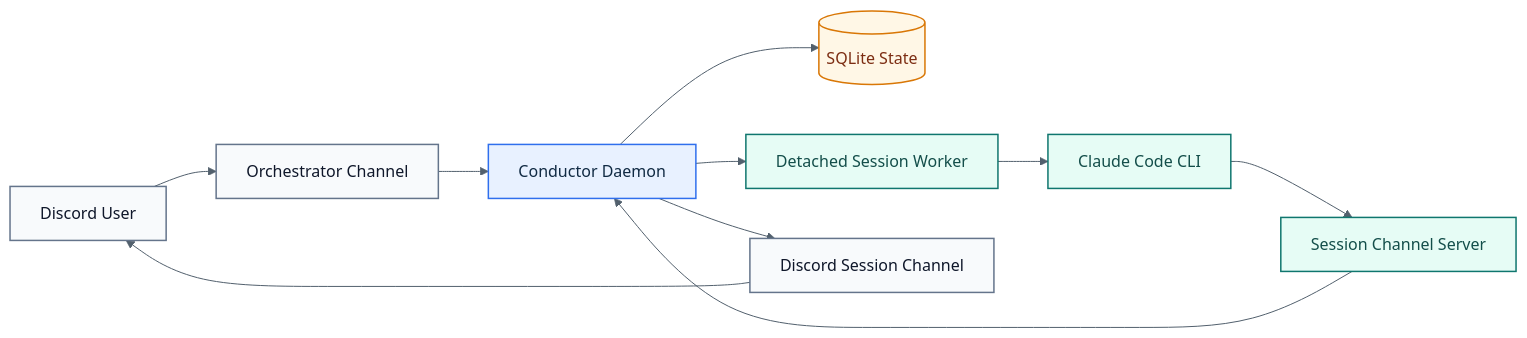
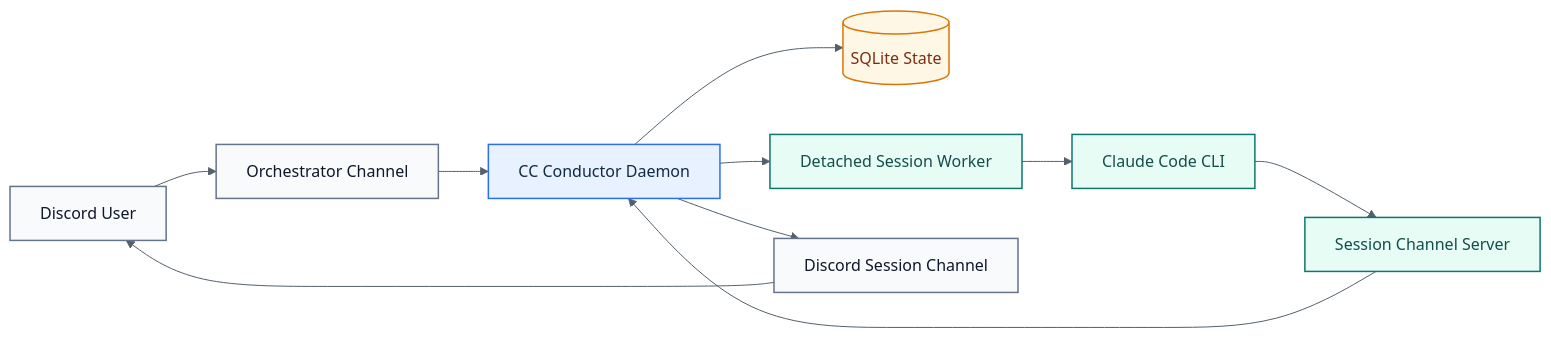
The diagram in README.md (mattstechadventures/cc-conductor), drawn with Mermaid before and after one commit. The commit also changed other lines of this file and 66 other files, not shown here.

````diff
--- a/README.md
+++ b/README.md
@@ -7,24 +7,24 @@
 ```mermaid
 %%{init: {'theme':'base','themeVariables': {'background':'#ffffff','primaryColor':'#E8F1FF','primaryTextColor':'#102A43','primaryBorderColor':'#2F6FED','lineColor':'#52606D','secondaryColor':'#E6FCF5','tertiaryColor':'#FFF4E6','fontFamily':'Segoe UI, Arial, sans-serif'}}}%%
 flowchart LR
     User[Discord User] --> Orch[Orchestrator Channel]
-    Orch --> Daemon[Conductor Daemon]
+    Orch --> Daemon[CC Conductor Daemon]
     Daemon --> DB[(SQLite State)]
     Daemon --> Worker[Detached Session Worker]
     Worker --> Claude[Claude Code CLI]
     Claude --> Channel[Session Channel Server]
     Channel --> Daemon
     Daemon --> Session[Discord Session Channel]
     Session --> User
 
     classDef user fill:#F8FAFC,stroke:#64748B,color:#0F172A,stroke-width:1.5px;
     classDef control fill:#E8F1FF,stroke:#2F6FED,color:#102A43,stroke-width:1.5px;
     classDef runtime fill:#E6FCF5,stroke:#0F766E,color:#134E4A,stroke-width:1.5px;
     classDef session fill:#EEF2FF,stroke:#4F46E5,color:#312E81,stroke-width:1.5px;
     classDef storage fill:#FFF7E6,stroke:#D97706,color:#7C2D12,stroke-width:1.5px;
 
     class User,Orch,Session user;
     class Daemon control;
     class Worker,Claude,Channel runtime;
     class DB storage;
 ```
````
